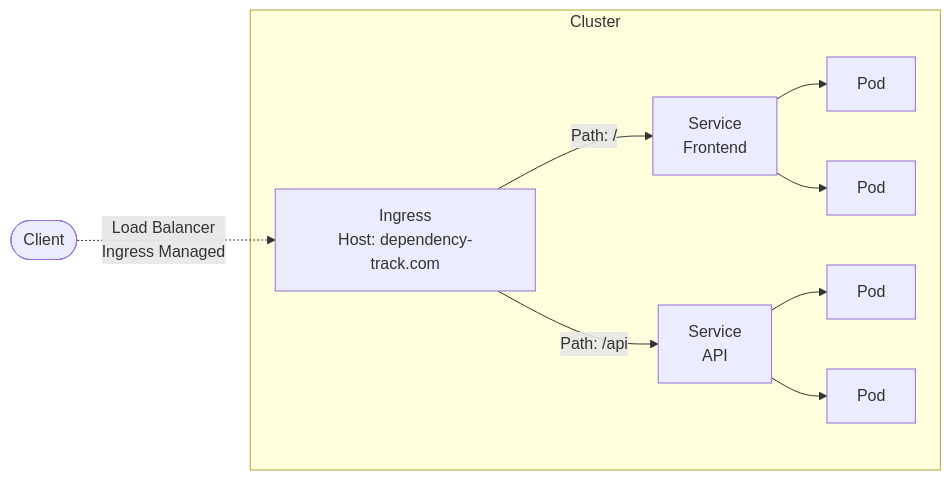
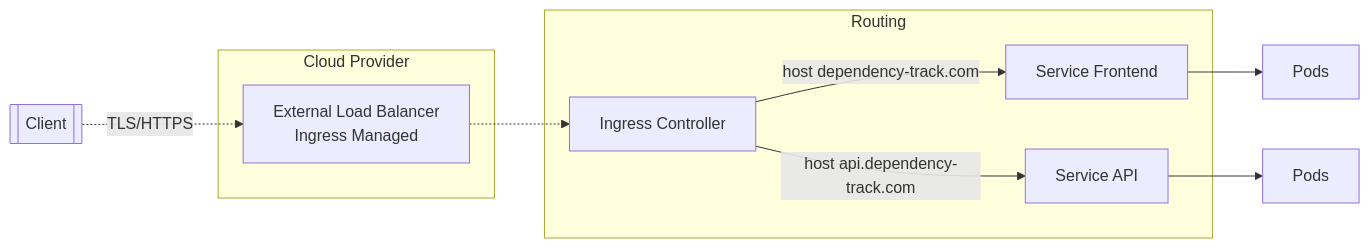
The first of 2 diagrams in manifests/base/dependency-track/README.md (sentenz/kubernetes), drawn with Mermaid before and after one commit. The commit also changed other lines of this file and 4 other files, not shown here.

Commit message:
refactor: bump version of helm charts in `manifests/`

````diff
--- a/manifests/base/dependency-track/README.md
+++ b/manifests/base/dependency-track/README.md
@@ -22,13 +22,17 @@
     ```mermaid
-    graph LR;
-      client([Client])-. Load Balancer<br>Ingress Managed .->ingress[Ingress<br>Host: dependency-track.com];
-      ingress-->|Path: /| service1[Service<br>Frontend];
-      ingress-->|Path: /api| service2[Service<br>API];
-      subgraph Cluster
-        ingress;
-        service1-->pod1[Pod];
-        service1-->pod2[Pod];
-        service2-->pod3[Pod];
-        service2-->pod4[Pod];
+    flowchart LR
+      Client[[Client]] -.-> |TLS/HTTPS| lb -.-> IngressCtrl[Ingress Controller]
+
+      subgraph cloud [Cloud Provider]
+          lb[External Load Balancer<br>Ingress Managed]
       end
+
+
+      subgraph Routing
+        IngressCtrl -->|host dependency-track.com| SvcWeb[Service Frontend]
+        IngressCtrl -->|host api.dependency-track.com| SvcAPI[Service API]
+      end
+
+      SvcWeb --> PodsWeb[Pods]
+      SvcAPI --> PodsAPI[Pods]
     ```
````
